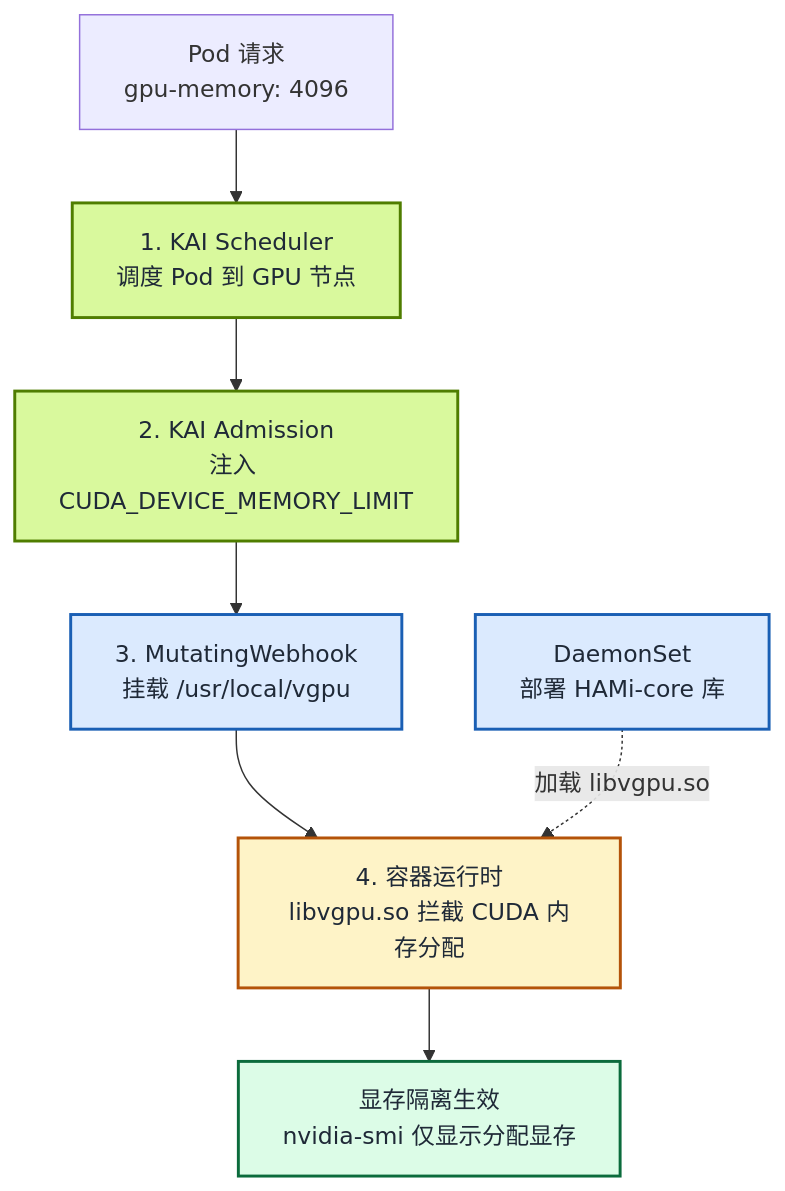
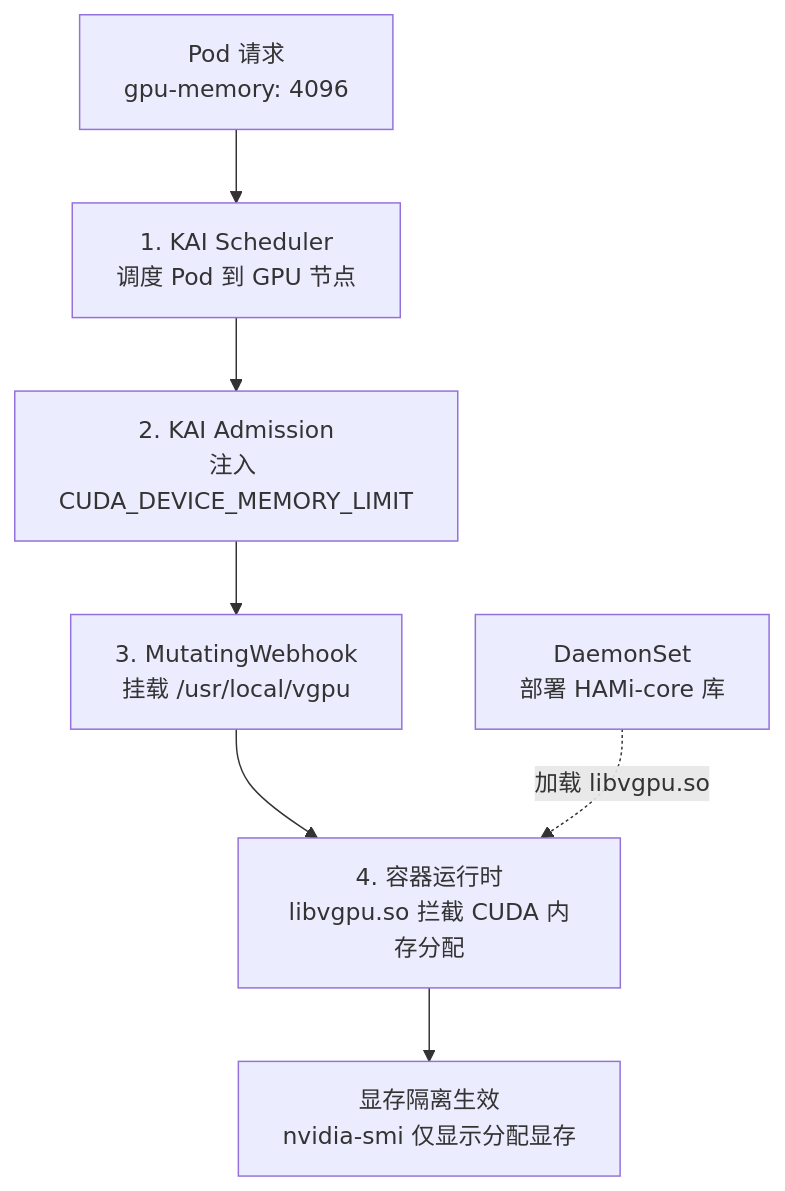
The first of 3 diagrams in i18n/zh/docusaurus-plugin-content-blog/hami-core-adopted-by-nvidia-kai-scheduler/index.md (Project-HAMi/website), drawn with Mermaid before and after one commit. The commit also changed other lines of this file and 9 other files, not shown here.

First line of the commit message:
fix(ui): make mermaid diagrams readable in dark mode (#772)

````diff
--- a/i18n/zh/docusaurus-plugin-content-blog/hami-core-adopted-by-nvidia-kai-scheduler/index.md
+++ b/i18n/zh/docusaurus-plugin-content-blog/hami-core-adopted-by-nvidia-kai-scheduler/index.md
@@ -56,21 +56,19 @@
 ```mermaid
 %% title: HAMi + KAI Scheduler 集成流程
 graph TD
     POD["Pod 请求<br/>gpu-memory: 4096"]
     SCHED["1. KAI Scheduler<br/>调度 Pod 到 GPU 节点"]
     INJECT["2. KAI Admission<br/>注入 CUDA_DEVICE_MEMORY_LIMIT"]
     WEBHOOK["3. MutatingWebhook<br/>挂载 /usr/local/vgpu"]
     DAEMON["DaemonSet<br/>部署 HAMi-core 库"]
     CONTAINER["4. 容器运行时<br/>libvgpu.so 拦截 CUDA 内存分配"]
     ENFORCE["显存隔离生效<br/>nvidia-smi 仅显示分配显存"]
 
     POD --> SCHED --> INJECT --> WEBHOOK --> CONTAINER --> ENFORCE
     DAEMON -. "加载 libvgpu.so" .-> CONTAINER
 
-    style SCHED fill:#d9f99d,stroke:#4f7d00,stroke-width:2px,color:#1f2937
-    style INJECT fill:#d9f99d,stroke:#4f7d00,stroke-width:2px,color:#1f2937
-    style WEBHOOK fill:#dbeafe,stroke:#1a5fb4,stroke-width:2px,color:#1f2937
-    style DAEMON fill:#dbeafe,stroke:#1a5fb4,stroke-width:2px,color:#1f2937
-    style CONTAINER fill:#fef3c7,stroke:#b45309,stroke-width:2px,color:#1f2937
-    style ENFORCE fill:#dcfce7,stroke:#0b6b3c,stroke-width:2px,color:#1f2937
+    class SCHED,INJECT accent
+    class WEBHOOK,DAEMON info
+    class CONTAINER run
+    class ENFORCE ok
 ```
````
